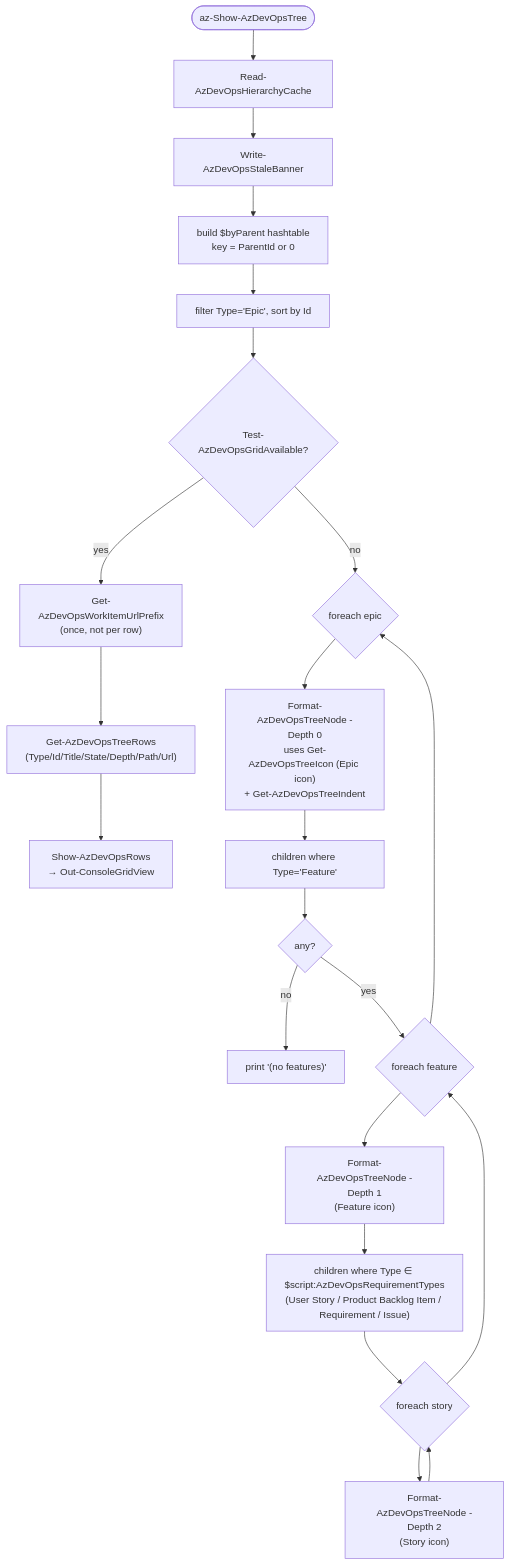
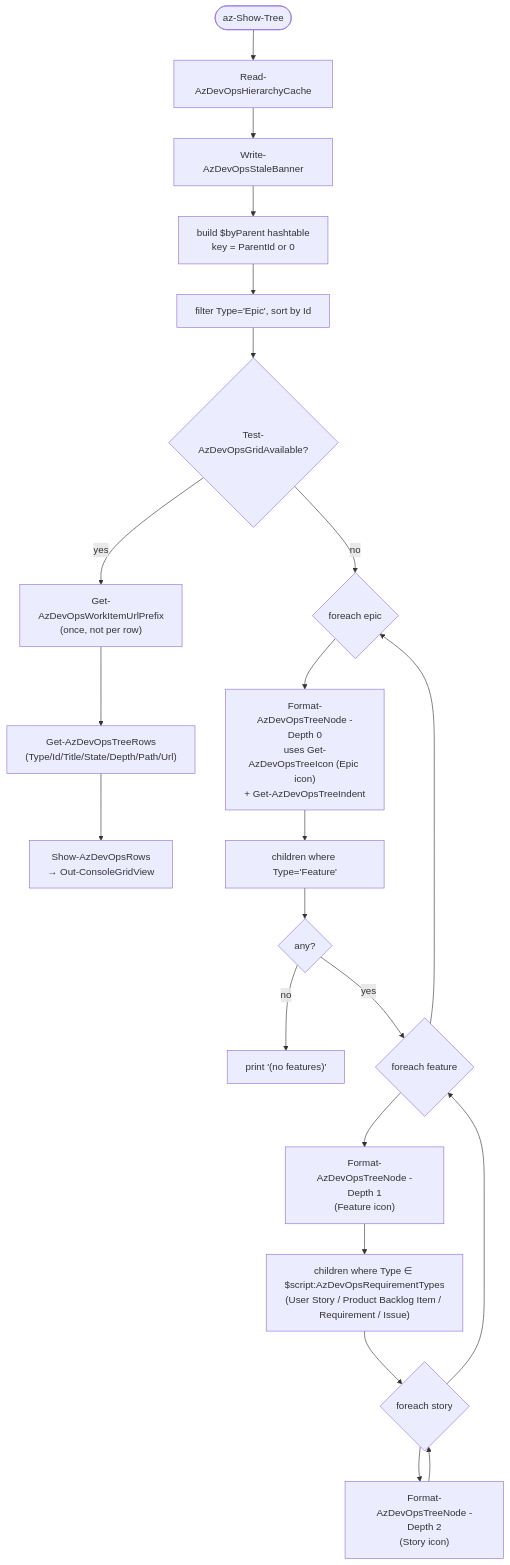
Before and after one commit to jdschleicher/bashcuts: the seventh of 13 diagrams in docs/azure-devops-diagrams.md, drawn with Mermaid. The commit also changed other lines of this file and 10 other files, not shown here.

First line of the commit message:
Add post-selection actions to az-show views, drop AzDevOps from their names, fix empty Features

````diff
--- a/docs/azure-devops-diagrams.md
+++ b/docs/azure-devops-diagrams.md
@@ -343,24 +343,24 @@
 ```mermaid
 flowchart TD
-    Start([az-Show-AzDevOpsTree]) --> Read[Read-AzDevOpsHierarchyCache]
+    Start([az-Show-Tree]) --> Read[Read-AzDevOpsHierarchyCache]
     Read --> Banner[Write-AzDevOpsStaleBanner]
     Banner --> Index["build $byParent hashtable<br/>key = ParentId or 0"]
     Index --> Epics["filter Type='Epic', sort by Id"]
     Epics --> Grid{Test-AzDevOpsGridAvailable?}
     Grid -- yes --> Pfx["Get-AzDevOpsWorkItemUrlPrefix<br/>(once, not per row)"]
     Pfx --> RowsFn["Get-AzDevOpsTreeRows<br/>(Type/Id/Title/State/Depth/Path/Url)"]
     RowsFn --> Show["Show-AzDevOpsRows<br/>→ Out-ConsoleGridView"]
     Grid -- no --> ForEpic{foreach epic}
     ForEpic --> NodeE["Format-AzDevOpsTreeNode -Depth 0<br/>uses Get-AzDevOpsTreeIcon (Epic icon)<br/>+ Get-AzDevOpsTreeIndent"]
     NodeE --> Features["children where Type='Feature'"]
     Features --> NoFeat{any?}
     NoFeat -- no --> Empty["print '(no features)'"]
     NoFeat -- yes --> ForFeat{foreach feature}
     ForFeat --> NodeF["Format-AzDevOpsTreeNode -Depth 1<br/>(Feature icon)"]
     NodeF --> Stories["children where Type ∈ $script:AzDevOpsRequirementTypes<br/>(User Story / Product Backlog Item / Requirement / Issue)"]
     Stories --> ForStory{foreach story}
     ForStory --> NodeS["Format-AzDevOpsTreeNode -Depth 2<br/>(Story icon)"]
     NodeS --> ForStory
     ForStory --> ForFeat
     ForFeat --> ForEpic
 ```
````
